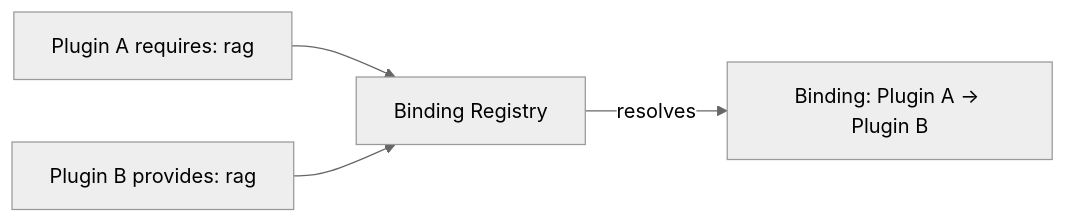
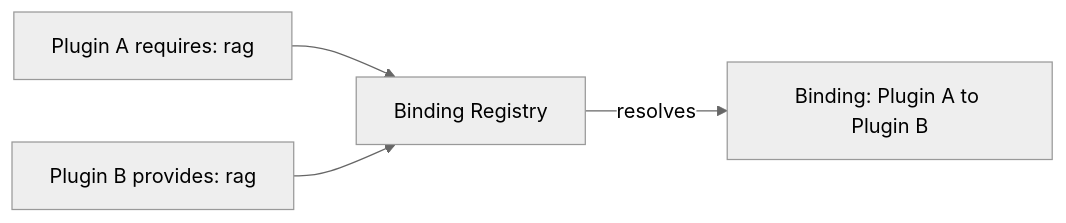
One commit to amajorai/ryu-docs changed the diagram in content/docs/extend/develop/extensions/capability-broker.mdx. Above: the diagram before and after it, drawn with Mermaid (neutral theme). The commit also changed other lines of this file and 2538 other files, not shown here.

````diff
--- a/content/docs/extend/develop/extensions/capability-broker.mdx
+++ b/content/docs/extend/develop/extensions/capability-broker.mdx
@@ -16,6 +15,6 @@
 ```mermaid
 flowchart LR
   A["Plugin A requires: rag"] --> B["Binding Registry"]
   C["Plugin B provides: rag"] --> B
-  B -->|"resolves"| D["Binding: Plugin A → Plugin B"]
+  B -->|"resolves"| D["Binding: Plugin A to Plugin B"]
 ```
````
